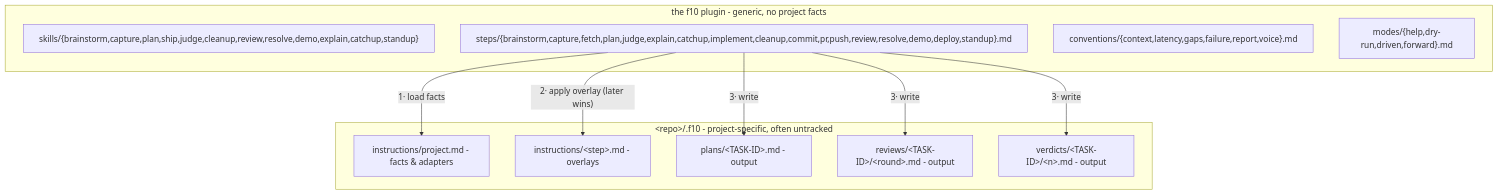
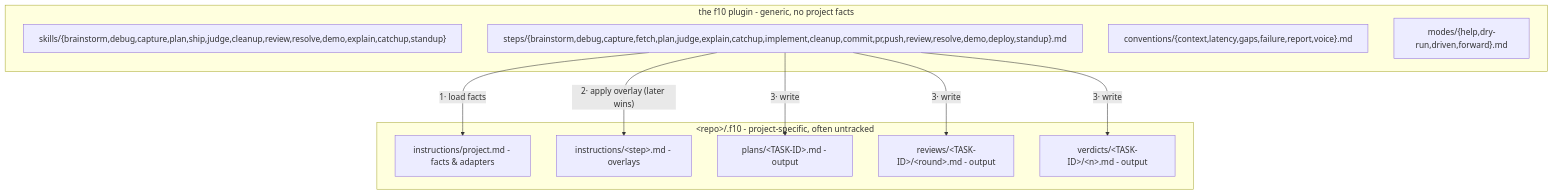
Before and after one commit to amberpixels/f10: the second of 2 diagrams in README.md, drawn with Mermaid. The commit also changed other lines of this file and 12 other files, not shown here.

````diff
--- a/README.md
+++ b/README.md
@@ -216,21 +222,21 @@
 ```mermaid
 flowchart TB
     subgraph plugin ["the f10 plugin - generic, no project facts"]
-        skills2["skills/{brainstorm,capture,plan,ship,judge,cleanup,review,resolve,demo,explain,catchup,standup}"]
-        gsteps["steps/{brainstorm,capture,fetch,plan,judge,explain,catchup,implement,cleanup,commit,pr,push,review,resolve,demo,deploy,standup}.md"]
+        skills2["skills/{brainstorm,debug,capture,plan,ship,judge,cleanup,review,resolve,demo,explain,catchup,standup}"]
+        gsteps["steps/{brainstorm,debug,capture,fetch,plan,judge,explain,catchup,implement,cleanup,commit,pr,push,review,resolve,demo,deploy,standup}.md"]
         conv["conventions/{context,latency,gaps,failure,report,voice}.md"]
         modes2["modes/{help,dry-run,driven,forward}.md"]
     end
     subgraph repo ["&lt;repo&gt;/.f10 - project-specific, often untracked"]
         proj["instructions/project.md - facts & adapters"]
         over["instructions/&lt;step&gt;.md - overlays"]
         plans2["plans/&lt;TASK-ID&gt;.md - output"]
         reviews2["reviews/&lt;TASK-ID&gt;/&lt;round&gt;.md - output"]
         verdicts2["verdicts/&lt;TASK-ID&gt;/&lt;n&gt;.md - output"]
     end
     gsteps -- "1· load facts" --> proj
     gsteps -- "2· apply overlay (later wins)" --> over
     gsteps -- "3· write" --> plans2
     gsteps -- "3· write" --> reviews2
     gsteps -- "3· write" --> verdicts2
 ```
````
